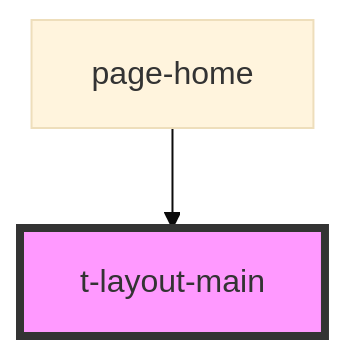
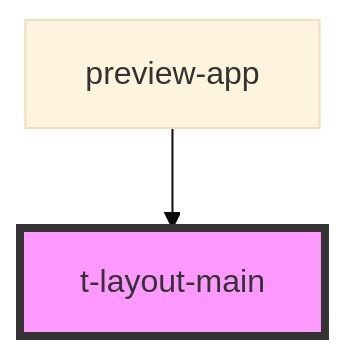
The diagram in packages/stencil/src/components/t-layout-main/readme.md (TomasEng/web-components), drawn with Mermaid (base theme) before and after one commit. The commit also changed other lines of this file and 37 other files, not shown here.

````diff
--- a/packages/stencil/src/components/t-layout-main/readme.md
+++ b/packages/stencil/src/components/t-layout-main/readme.md
@@ -15,5 +15,5 @@
 ```mermaid
 graph TD;
-  page-home --> t-layout-main
+  preview-app --> t-layout-main
   style t-layout-main fill:#f9f,stroke:#333,stroke-width:4px
 ```
````
